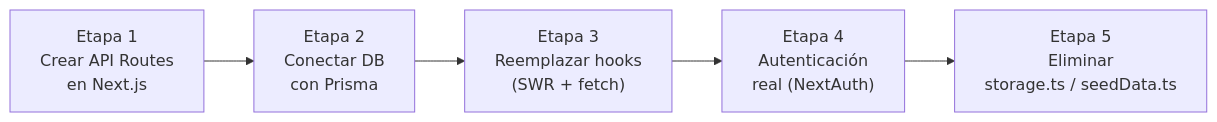
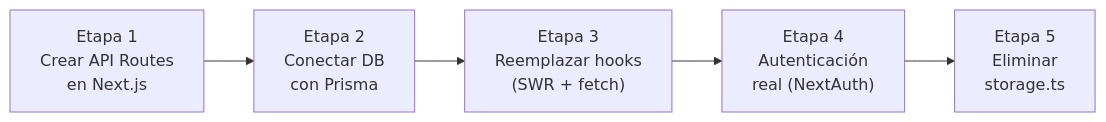
Before and after one commit to SeptimoSegunda/sip-escuela: the diagram in db-migration-analysis.md, drawn with Mermaid. The commit also changed other lines of this file and 1 other file, not shown here.

Commit message:
Retoques de relaciones referentes a cambios previos, de vuelta, y correccion en los md de apoyo.

````diff
--- a/db-migration-analysis.md
+++ b/db-migration-analysis.md
@@ -80,7 +80,7 @@
 ```mermaid
 flowchart LR
     A["Etapa 1\nCrear API Routes\nen Next.js"] --> B["Etapa 2\nConectar DB\ncon Prisma"]
     B --> C["Etapa 3\nReemplazar hooks\n(SWR + fetch)"]
     C --> D["Etapa 4\nAutenticación\nreal (NextAuth)"]
-    D --> E["Etapa 5\nEliminar\nstorage.ts / seedData.ts"]
+    D --> E["Etapa 5\nEliminar\nstorage.ts"]
 ```
````
